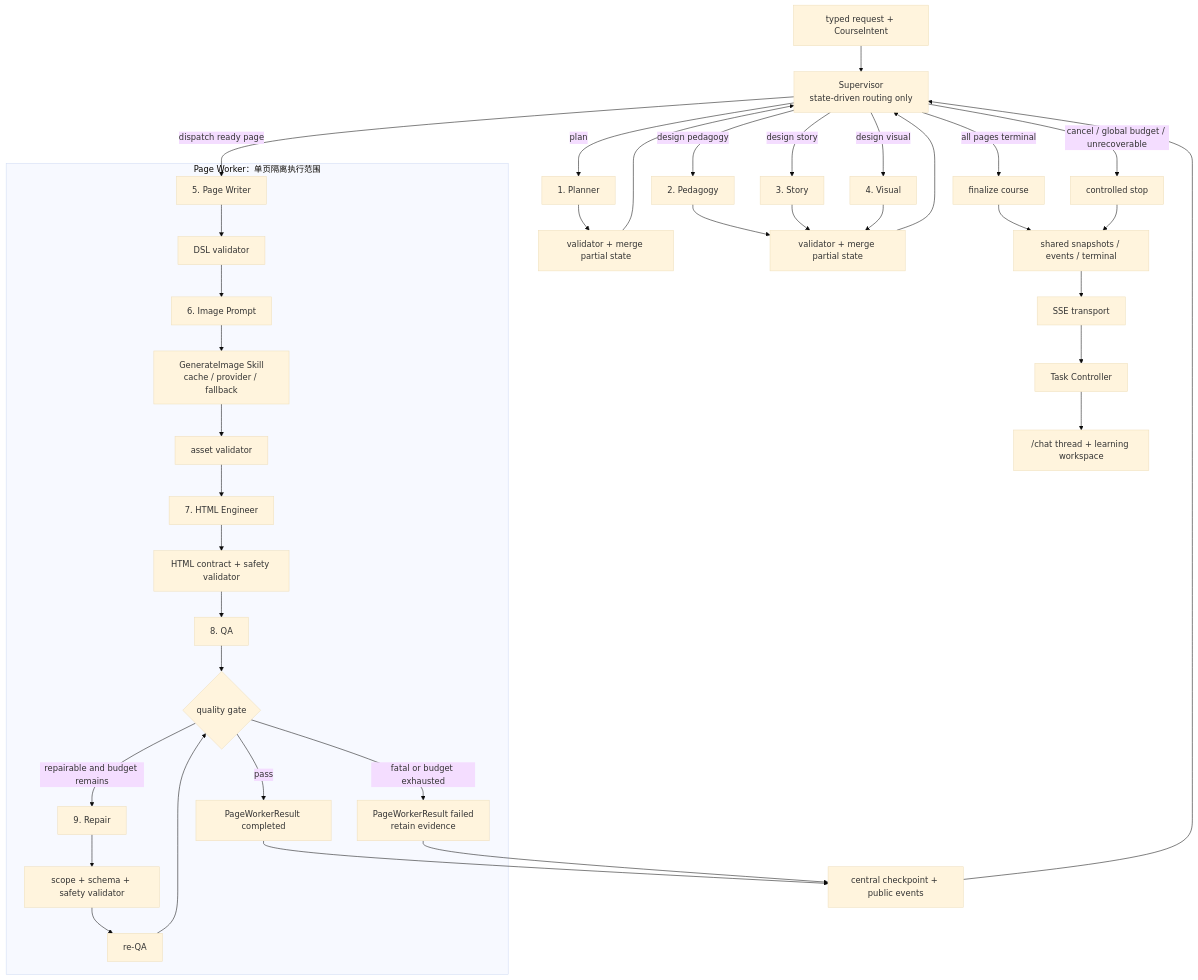
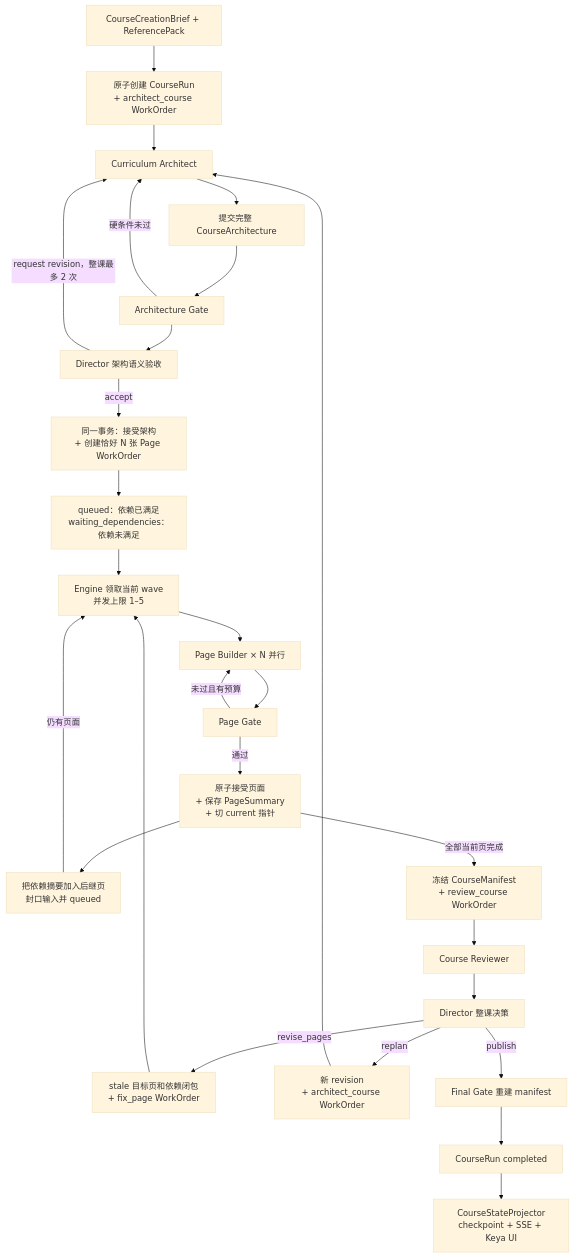
Before and after one commit to dxj-fe/ai-course-generator: the diagram in docs/architecture/multi-agent-flow.md, drawn with Mermaid (base theme). The commit also changed other lines of this file and 550 other files, not shown here.

````diff
--- a/docs/architecture/multi-agent-flow.md
+++ b/docs/architecture/multi-agent-flow.md
@@ -21,44 +33,31 @@
 ```mermaid
 flowchart TD
-  Intake["typed request + CourseIntent"] --> Supervisor["Supervisor<br/>state-driven routing only"]
-  Supervisor -->|"plan"| Planner["1. Planner"]
-  Planner --> ValidatePlan["validator + merge partial state"]
-  ValidatePlan --> Supervisor
+  Brief["CourseCreationBrief + ReferencePack"] --> Boot["原子创建 CourseRun<br/>+ architect_course WorkOrder"]
+  Boot --> Architect["Curriculum Architect"]
+  Architect --> AS["提交完整 CourseArchitecture"]
+  AS --> AG["Architecture Gate"]
+  AG -->|"硬条件未过"| Architect
+  AG --> DirectorA["Director 架构语义验收"]
+  DirectorA -->|"request revision，整课最多 2 次"| Architect
+  DirectorA -->|"accept"| Fanout["同一事务：接受架构<br/>+ 创建恰好 N 张 Page WorkOrder"]
 
-  Supervisor -->|"design pedagogy"| Pedagogy["2. Pedagogy"]
-  Pedagogy --> ValidateDesign["validator + merge partial state"]
-  Supervisor -->|"design story"| Story["3. Story"]
-  Story --> ValidateDesign
-  Supervisor -->|"design visual"| Visual["4. Visual"]
-  Visual --> ValidateDesign
-  ValidateDesign --> Supervisor
+  Fanout --> Ready["queued：依赖已满足<br/>waiting_dependencies：依赖未满足"]
+  Ready --> Wave["Engine 领取当前 wave<br/>并发上限 1–5"]
+  Wave --> Builders["Page Builder × N 并行"]
+  Builders --> PG["Page Gate"]
+  PG -->|"未过且有预算"| Builders
+  PG -->|"通过"| Accept["原子接受页面<br/>+ 保存 PageSummary<br/>+ 切 current 指针"]
+  Accept --> Unlock["把依赖摘要加入后继页<br/>封口输入并 queued"]
+  Unlock -->|"仍有页面"| Wave
+  Accept -->|"全部当前页完成"| Manifest["冻结 CourseManifest<br/>+ review_course WorkOrder"]
 
-  subgraph PageWorker ["Page Worker：单页隔离执行范围"]
-    PageWriter["5. Page Writer"] --> ValidateDsl["DSL validator"]
-    ValidateDsl --> ImagePrompt["6. Image Prompt"]
-    ImagePrompt --> ImageSkill["GenerateImage Skill<br/>cache / provider / fallback"]
-    ImageSkill --> ValidateAssets["asset validator"]
-    ValidateAssets --> HtmlEngineer["7. HTML Engineer"]
-    HtmlEngineer --> ValidateHtml["HTML contract + safety validator"]
-    ValidateHtml --> QA["8. QA"]
-    QA --> QualityGate{"quality gate"}
-    QualityGate -->|"pass"| PageResult["PageWorkerResult completed"]
-    QualityGate -->|"repairable and budget remains"| Repair["9. Repair"]
-    Repair --> ValidateRepair["scope + schema + safety validator"]
-    ValidateRepair --> ReQA["re-QA"]
-    ReQA --> QualityGate
-    QualityGate -->|"fatal or budget exhausted"| PageFailed["PageWorkerResult failed<br/>retain evidence"]
-  end
-
-  Supervisor -->|"dispatch ready page"| PageWriter
-  PageResult --> WorkerCheckpoint["central checkpoint + public events"]
-  PageFailed --> WorkerCheckpoint
-  WorkerCheckpoint --> Supervisor
-  Supervisor -->|"all pages terminal"| Finalize["finalize course"]
-  Supervisor -->|"cancel / global budget / unrecoverable"| Stop["controlled stop"]
-  Finalize --> Transport["shared snapshots / events / terminal"]
-  Stop --> Transport
-  Transport --> SSE["SSE transport"]
-  SSE --> Controller["Task Controller"]
-  Controller --> UI["/chat thread + learning workspace"]
+  Manifest --> Reviewer["Course Reviewer"]
+  Reviewer --> DirectorR["Director 整课决策"]
+  DirectorR -->|"revise_pages"| Fix["stale 目标页和依赖闭包<br/>+ fix_page WorkOrder"]
+  Fix --> Wave
+  DirectorR -->|"replan"| Replan["新 revision<br/>+ architect_course WorkOrder"]
+  Replan --> Architect
+  DirectorR -->|"publish"| Final["Final Gate 重建 manifest"]
+  Final --> Done["CourseRun completed"]
+  Done --> Project["CourseStateProjector<br/>checkpoint + SSE + Keya UI"]
 ```
````
